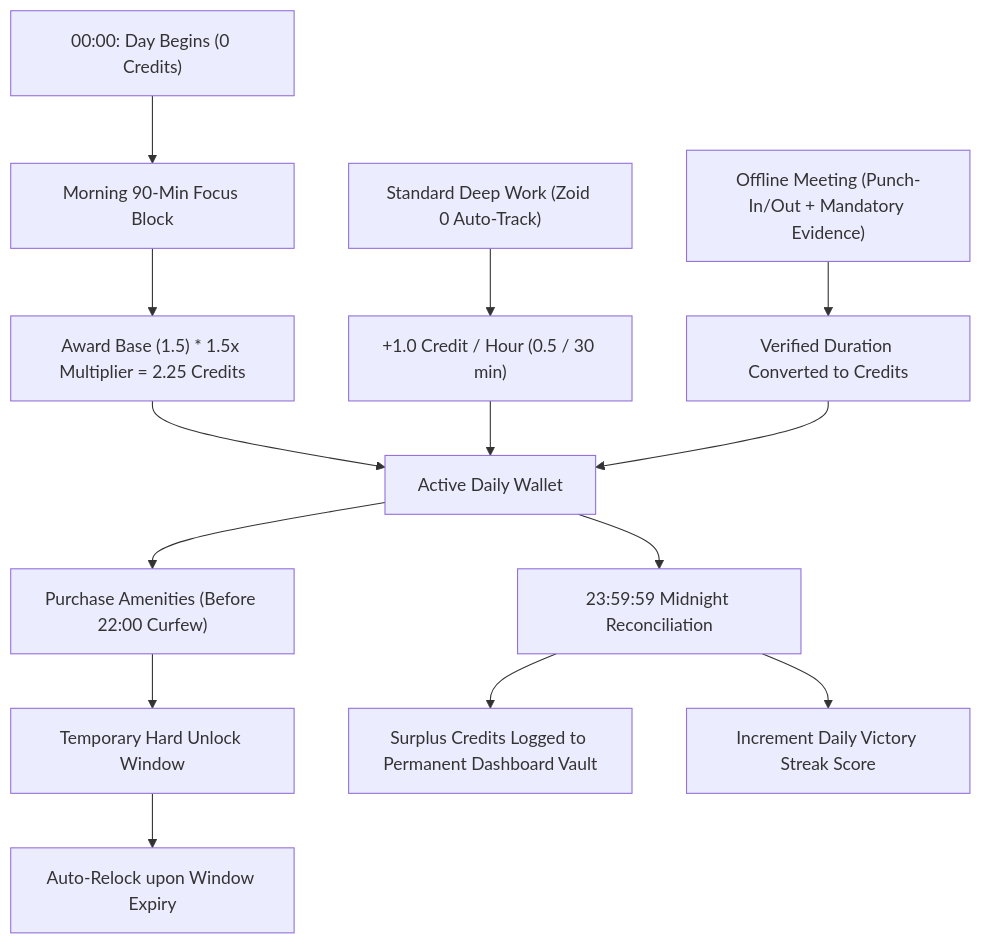
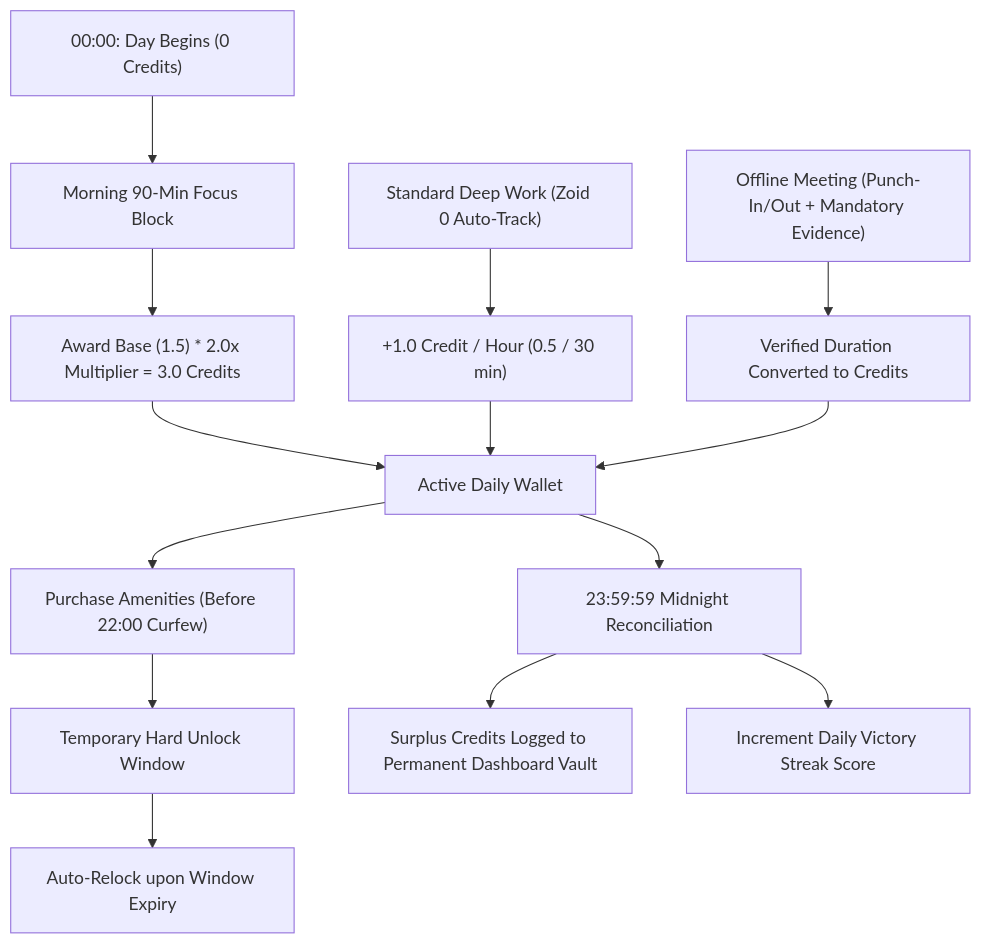
The first of 2 diagrams in PRODUCT.md (Ziad-NasrEldin/Zoid-Lock-In), drawn with Mermaid before and after one commit. The commit also changed other lines of this file, not shown here.

Commit message:
fix(economy): set morning focus momentum multiplier to 2.0x

````diff
--- a/PRODUCT.md
+++ b/PRODUCT.md
@@ -18,20 +18,20 @@
 ```mermaid
 flowchart TD
     DayStart["00:00: Day Begins (0 Credits)"] --> MorningBlock["Morning 90-Min Focus Block"]
-    MorningBlock --> MomentumBonus["Award Base (1.5) * 1.5x Multiplier = 2.25 Credits"]
+    MorningBlock --> MomentumBonus["Award Base (1.5) * 2.0x Multiplier = 3.0 Credits"]
     
     WorkSession["Standard Deep Work (Zoid 0 Auto-Track)"] --> RegularEarn["+1.0 Credit / Hour (0.5 / 30 min)"]
     OfflineMeeting["Offline Meeting (Punch-In/Out + Mandatory Evidence)"] --> MeetingEarn["Verified Duration Converted to Credits"]
     
     MomentumBonus --> DailyWallet["Active Daily Wallet"]
     RegularEarn --> DailyWallet
     MeetingEarn --> DailyWallet
     
     DailyWallet --> Buy["Purchase Amenities (Before 22:00 Curfew)"]
     Buy --> TimedUnlock["Temporary Hard Unlock Window"]
     TimedUnlock --> Relock["Auto-Relock upon Window Expiry"]
     
     DailyWallet --> Midnight["23:59:59 Midnight Reconciliation"]
     Midnight --> Vault["Surplus Credits Logged to Permanent Dashboard Vault"]
     Midnight --> Streak["Increment Daily Victory Streak Score"]
 ```
````
